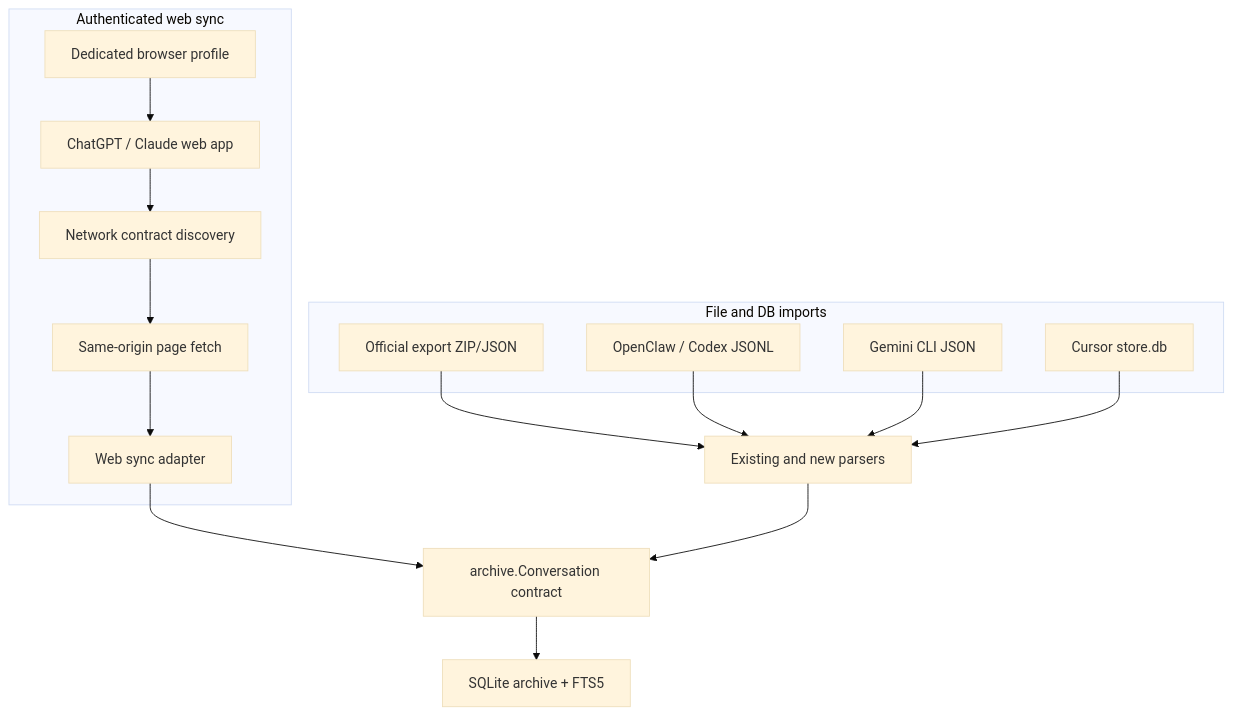
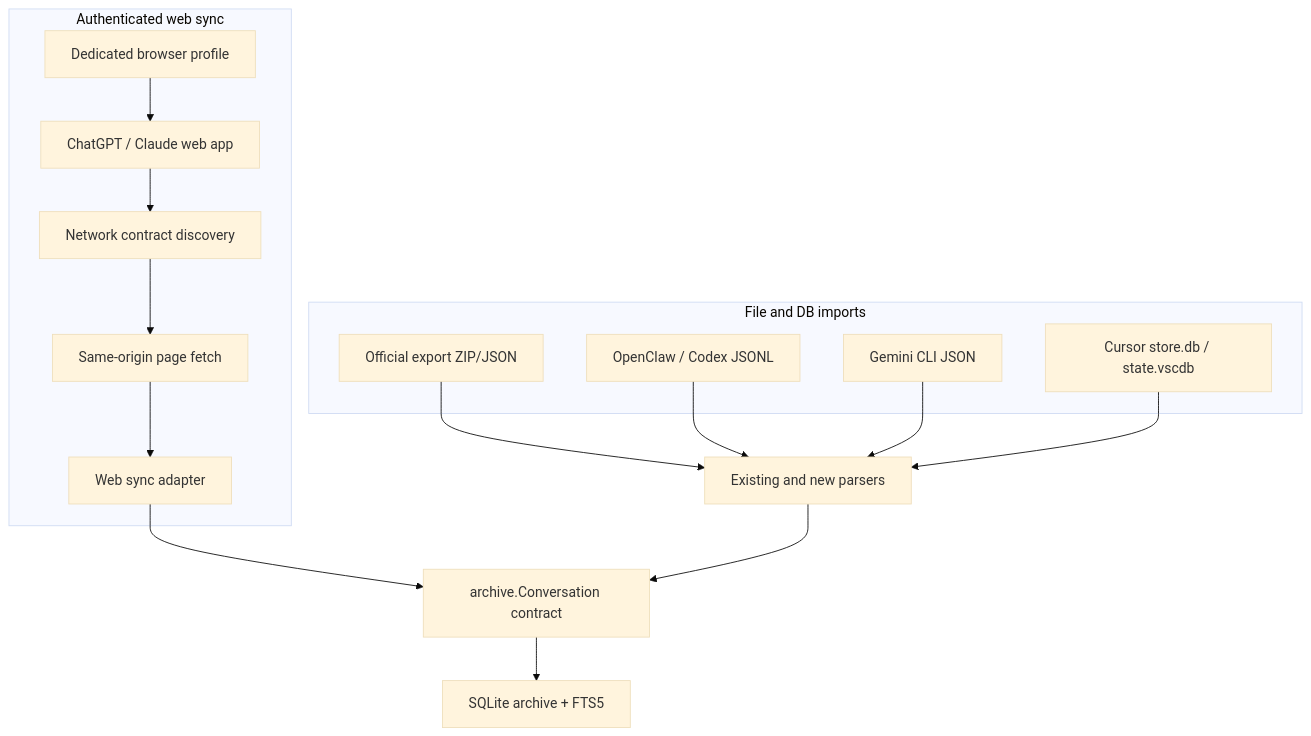
The diagram in docs/plans/2026-06-07-ai-conversation-archive-ingestion-plan.md (jamespheffernan/aicrawl), drawn with Mermaid (base theme) before and after one commit. The commit also changed other lines of this file and 10 other files, not shown here.

````diff
--- a/docs/plans/2026-06-07-ai-conversation-archive-ingestion-plan.md
+++ b/docs/plans/2026-06-07-ai-conversation-archive-ingestion-plan.md
@@ -54,26 +54,26 @@
 ```mermaid
 flowchart TB
   subgraph "Authenticated web sync"
     profile["Dedicated browser profile"]
     webapp["ChatGPT / Claude web app"]
     discover["Network contract discovery"]
     same_origin["Same-origin page fetch"]
     web_adapter["Web sync adapter"]
   end
 
   subgraph "File and DB imports"
     exports["Official export ZIP/JSON"]
     jsonl["OpenClaw / Codex JSONL"]
     gemini["Gemini CLI JSON"]
-    localdb["Cursor store.db"]
+    localdb["Cursor store.db / state.vscdb"]
   end
 
   profile --> webapp --> discover --> same_origin --> web_adapter
   exports --> parser["Existing and new parsers"]
   jsonl --> parser
   gemini --> parser
   localdb --> parser
   web_adapter --> archive_contract["archive.Conversation contract"]
   parser --> archive_contract
   archive_contract --> sqlite["SQLite archive + FTS5"]
 ```
````
